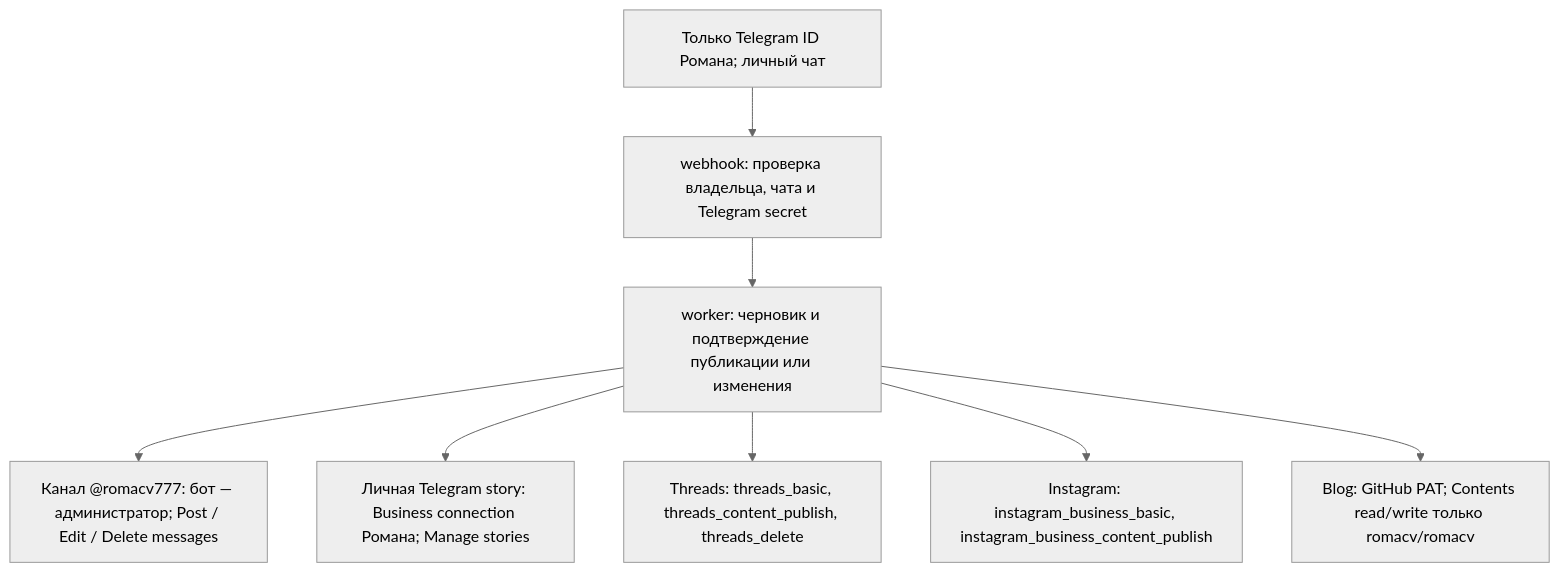
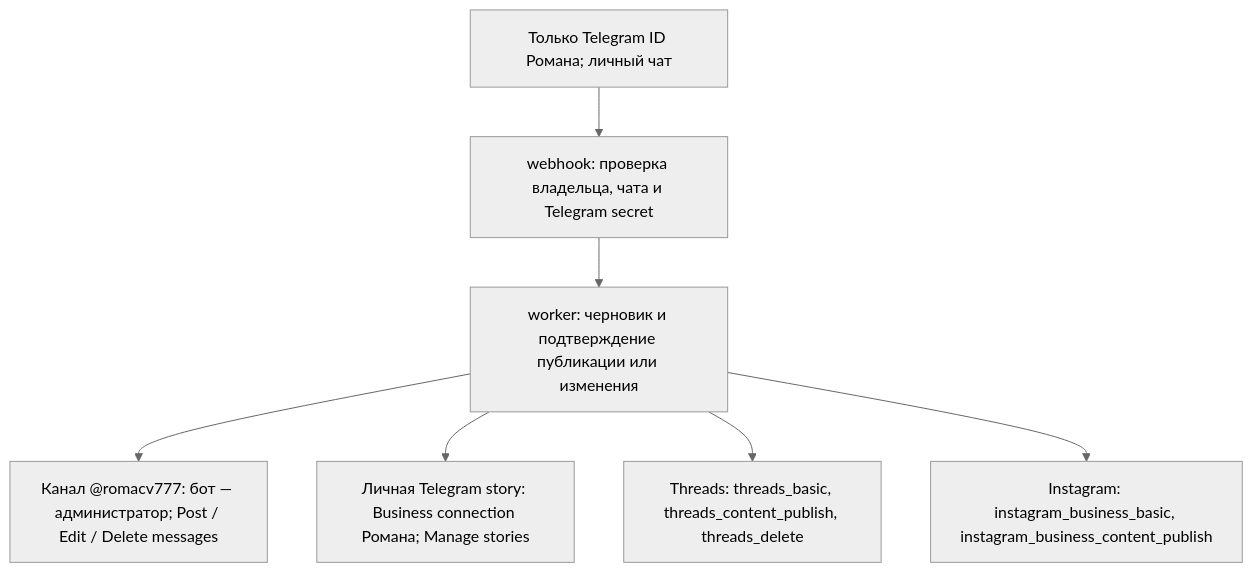
One commit to romacv/romacv changed the second of 3 diagrams in autopost/docs/autopost.md. Above: the diagram before and after it, drawn with Mermaid (neutral theme). The commit also changed other lines of this file and 18 other files, not shown here.

````diff
--- a/autopost/docs/autopost.md
+++ b/autopost/docs/autopost.md
@@ -59,10 +59,9 @@
 ```mermaid
 flowchart TD
     owner["Только Telegram ID Романа; личный чат"] --> hook["webhook: проверка владельца, чата и Telegram secret"]
     hook --> worker["worker: черновик и подтверждение публикации или изменения"]
     worker --> channel["Канал @romacv777: бот — администратор; Post / Edit / Delete messages"]
     worker --> story["Личная Telegram story: Business connection Романа; Manage stories"]
     worker --> threads["Threads: threads_basic, threads_content_publish, threads_delete"]
     worker --> instagram["Instagram: instagram_business_basic, instagram_business_content_publish"]
-    worker --> github["Blog: GitHub PAT; Contents read/write только romacv/romacv"]
 ```
````
